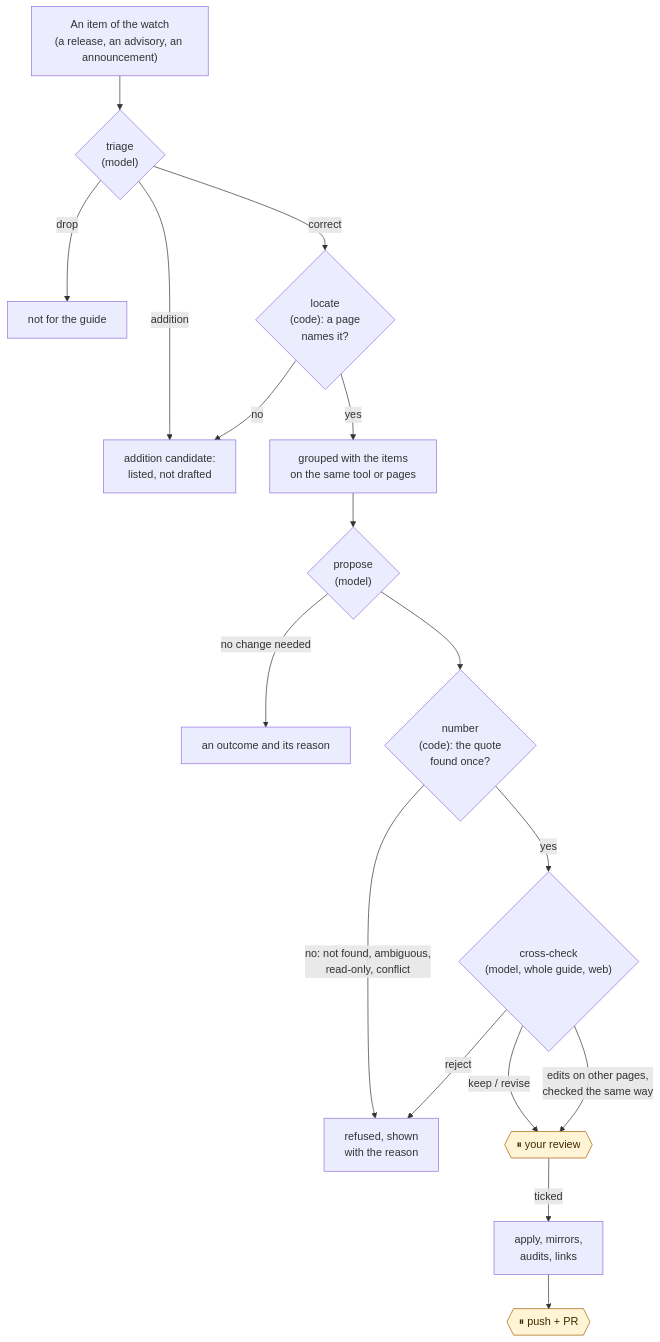
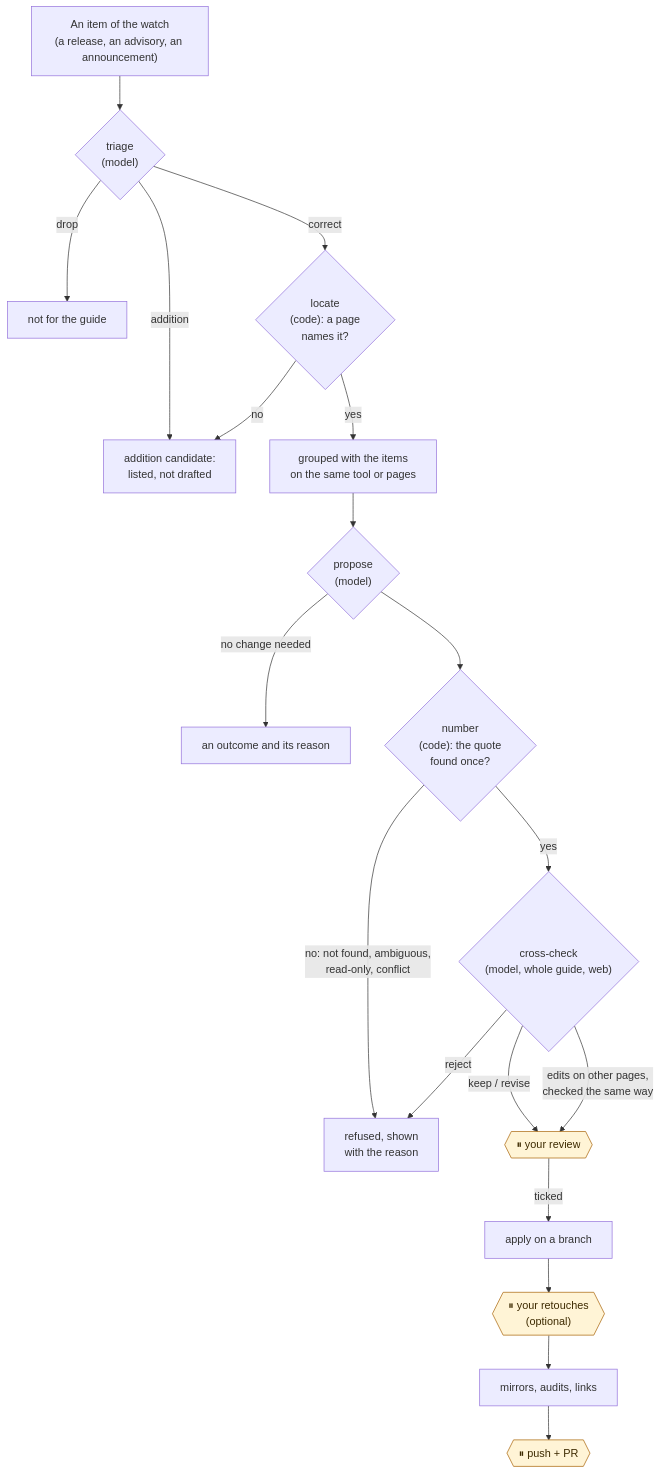
Before and after one commit to DamienBecherini/vault-watch-agent: the diagram in docs/run.md, drawn with Mermaid. The commit also changed other lines of this file and 22 other files, not shown here.

Commit message:
H3: a pause to retouch the pages of the branch before the mirrors (the guide's folder lent to Obsidian, drafts set aside and put back, an editor in the page, the retouches committed as the editor's; resume --retouch)

````diff
--- a/docs/run.md
+++ b/docs/run.md
@@ -9,20 +9,21 @@
 ```mermaid
 flowchart TD
   item["An item of the watch<br/>(a release, an advisory, an announcement)"] --> triage{"triage<br/>(model)"}
   triage -->|drop| out1["not for the guide"]
   triage -->|addition| add["addition candidate:<br/>listed, not drafted"]
   triage -->|correct| locate{"locate<br/>(code): a page<br/>names it?"}
   locate -->|no| add
   locate -->|yes| group["grouped with the items<br/>on the same tool or pages"]
   group --> propose{"propose<br/>(model)"}
   propose -->|no change needed| why["an outcome and its reason"]
   propose --> number{"number<br/>(code): the quote<br/>found once?"}
   number -->|"no: not found, ambiguous,<br/>read-only, conflict"| refused["refused, shown<br/>with the reason"]
   number -->|yes| cross{"cross-check<br/>(model, whole guide, web)"}
   cross -->|reject| refused
   cross -->|"keep / revise"| review{{"⏸ your review"}}
   cross -->|"edits on other pages,<br/>checked the same way"| review
-  review -->|ticked| apply["apply, mirrors,<br/>audits, links"] --> publish{{"⏸ push + PR"}}
+  review -->|ticked| apply["apply on a branch"] --> retouch{{"⏸ your retouches<br/>(optional)"}}
+  retouch --> rest["mirrors, audits, links"] --> publish{{"⏸ push + PR"}}
   classDef human fill:#fff4d6,stroke:#a65f00,color:#3d2a00
-  class review,publish human
+  class review,retouch,publish human
 ```
````
